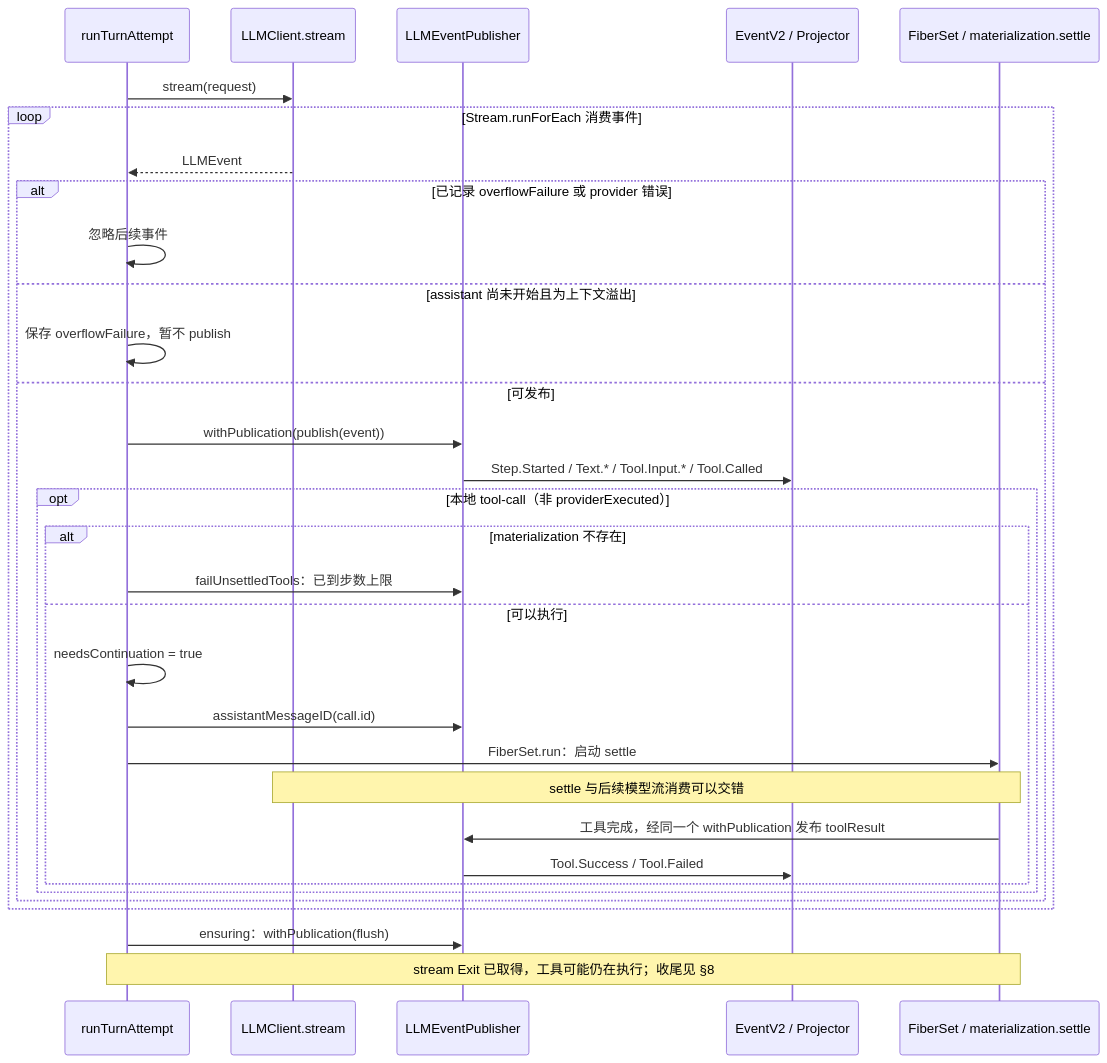
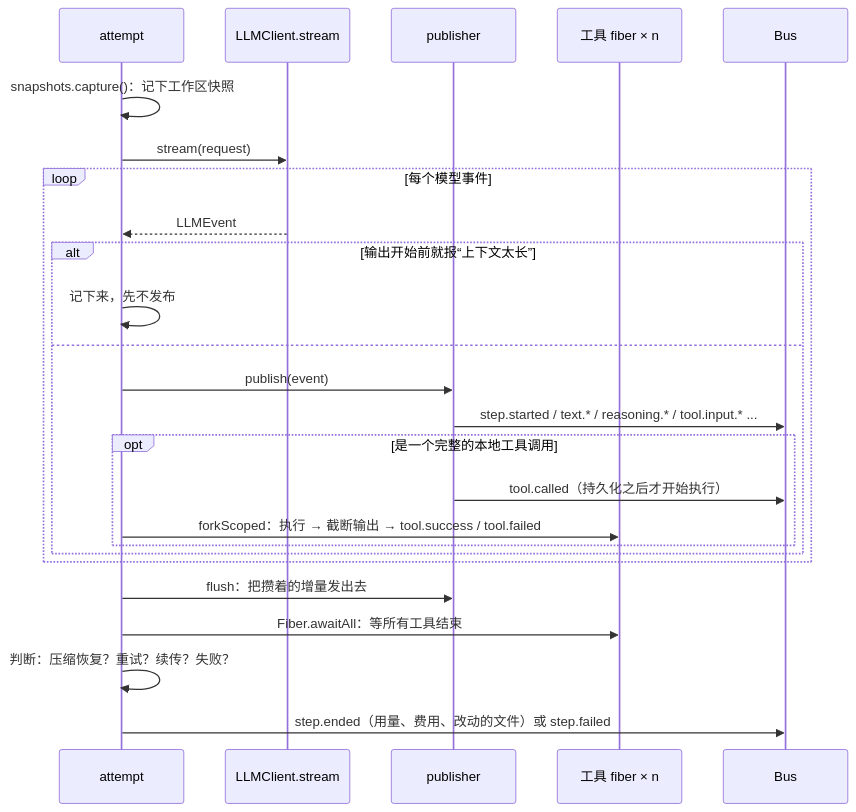
The eighth of 13 diagrams in src/content/post/agents-opencode/index.md (nickqiaoo/nickqiaoo.github.io), drawn with Mermaid before and after one commit. The commit also changed other lines of this file and 1 other file, not shown here.

````diff
--- a/src/content/post/agents-opencode/index.md
+++ b/src/content/post/agents-opencode/index.md
@@ -981,34 +676,28 @@
 ```mermaid
 sequenceDiagram
-  participant RT as runTurnAttempt
-  participant LM as LLMClient.stream
-  participant PB as LLMEventPublisher
-  participant EV as EventV2 / Projector
-  participant FS as FiberSet / materialization.settle
-  RT->>LM: stream(request)
-  loop Stream.runForEach 消费事件
-    LM-->>RT: LLMEvent
-    alt 已记录 overflowFailure 或 provider 错误
-      RT->>RT: 忽略后续事件
-    else assistant 尚未开始且为上下文溢出
-      RT->>RT: 保存 overflowFailure，暂不 publish
-    else 可发布
-      RT->>PB: withPublication(publish(event))
-      PB->>EV: Step.Started / Text.* / Tool.Input.* / Tool.Called
-      opt 本地 tool-call（非 providerExecuted）
-        alt materialization 不存在
-          RT->>PB: failUnsettledTools：已到步数上限
-        else 可以执行
-          RT->>RT: needsContinuation = true
-          RT->>PB: assistantMessageID(call.id)
-          RT->>FS: FiberSet.run：启动 settle
-          Note over LM,FS: settle 与后续模型流消费可以交错
-          FS->>PB: 工具完成，经同一个 withPublication 发布 toolResult
-          PB->>EV: Tool.Success / Tool.Failed
-        end
+  participant AT as attempt
+  participant LLM as LLMClient.stream
+  participant PB as publisher
+  participant T as 工具 fiber × n
+  participant B as Bus
+
+  AT->>AT: snapshots.capture()：记下工作区快照
+  AT->>LLM: stream(request)
+  loop 每个模型事件
+    LLM-->>AT: LLMEvent
+    alt 输出开始前就报“上下文太长”
+      AT->>AT: 记下来，先不发布
+    else
+      AT->>PB: publish(event)
+      PB->>B: step.started / text.* / reasoning.* / tool.input.* ...
+      opt 是一个完整的本地工具调用
+        PB->>B: tool.called（持久化之后才开始执行）
+        AT->>T: forkScoped：执行 → 截断输出 → tool.success / tool.failed
       end
     end
   end
-  RT->>PB: ensuring：withPublication(flush)
-  Note over RT,FS: stream Exit 已取得，工具可能仍在执行；收尾见 §8
+  AT->>PB: flush：把攒着的增量发出去
+  AT->>T: Fiber.awaitAll：等所有工具结束
+  AT->>AT: 判断：压缩恢复？重试？续传？失败？
+  AT->>B: step.ended（用量、费用、改动的文件）或 step.failed
 ```
````
